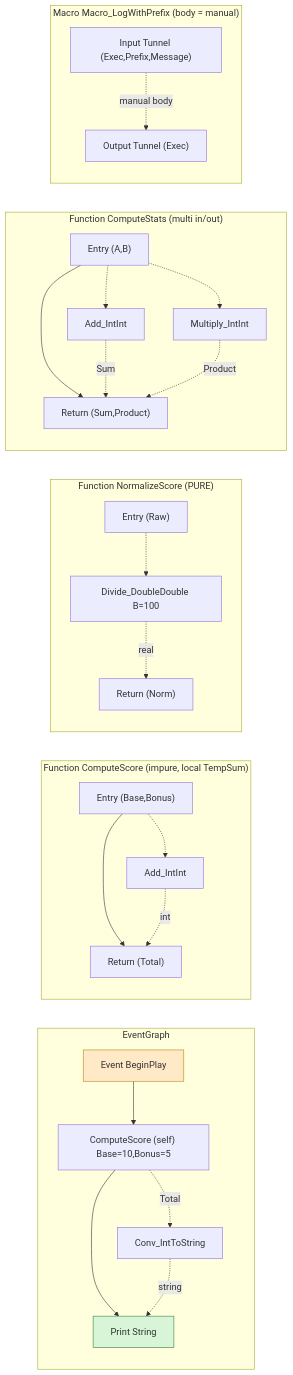
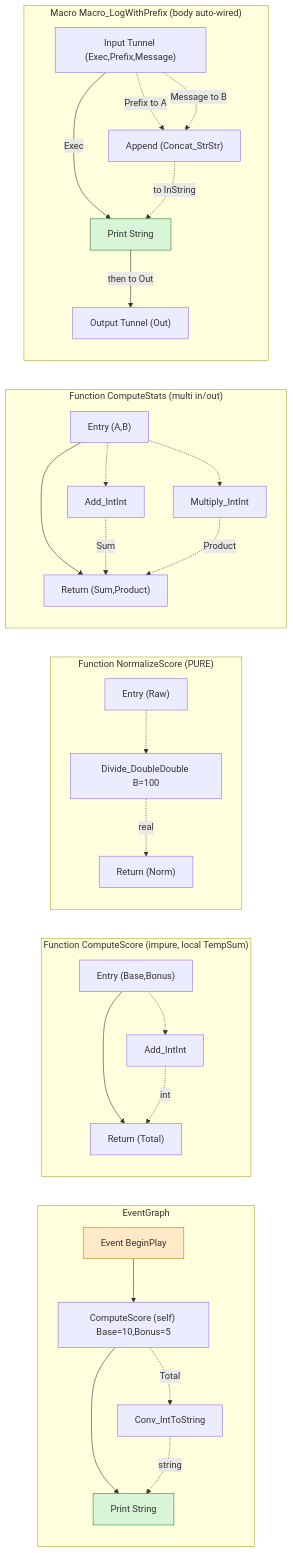
The diagram in bpparser_testgen/deliverables/viz/BP_05_Functions_Macros_LocalVariables.mmd (CiaranCw/BlueprintAnalyseTool), drawn with Mermaid before and after one commit. The commit also changed 12 other files, not shown here.

First line of the commit message:
Wire BP_05 Macro_LogWithPrefix body + fix tunnel exec name collision

```diff
--- a/bpparser_testgen/deliverables/viz/BP_05_Functions_Macros_LocalVariables.mmd
+++ b/bpparser_testgen/deliverables/viz/BP_05_Functions_Macros_LocalVariables.mmd
@@ -1,47 +1,53 @@
 %% BP_05_Functions_Macros_LocalVariables - multiple graphs
 %% Edge style: solid=exec, dotted=data
 flowchart LR
   subgraph EV["EventGraph"]
     e1["Event BeginPlay"]:::evt
     e2["ComputeScore (self) Base=10,Bonus=5"]
     e3["Conv_IntToString"]
     e4["Print String"]:::impure
     e1 --> e2
     e2 --> e4
     e2 -.->|Total| e3
     e3 -.->|string| e4
   end
   subgraph CS["Function ComputeScore (impure, local TempSum)"]
     f1["Entry (Base,Bonus)"]
     f2["Add_IntInt"]
     f3["Return (Total)"]
     f1 --> f3
     f1 -.-> f2
     f2 -.->|int| f3
   end
   subgraph NS["Function NormalizeScore (PURE)"]
     g1["Entry (Raw)"]
     g2["Divide_DoubleDouble B=100"]
     g3["Return (Norm)"]
     g1 -.-> g2
     g2 -.->|real| g3
   end
   subgraph ST["Function ComputeStats (multi in/out)"]
     h1["Entry (A,B)"]
     h2["Add_IntInt"]
     h3["Multiply_IntInt"]
     h4["Return (Sum,Product)"]
     h1 --> h4
     h1 -.-> h2
     h1 -.-> h3
     h2 -.->|Sum| h4
     h3 -.->|Product| h4
   end
-  subgraph MAC["Macro Macro_LogWithPrefix (body = manual)"]
+  subgraph MAC["Macro Macro_LogWithPrefix (body auto-wired)"]
     m1["Input Tunnel (Exec,Prefix,Message)"]
-    m2["Output Tunnel (Exec)"]
-    m1 -.->|manual body| m2
+    m2["Output Tunnel (Out)"]
+    m3["Append (Concat_StrStr)"]
+    m4["Print String"]:::impure
+    m1 -->|Exec| m4
+    m4 -->|then to Out| m2
+    m1 -.->|Prefix to A| m3
+    m1 -.->|Message to B| m3
+    m3 -.->|to InString| m4
   end
 
   classDef evt fill:#ffe9c7,stroke:#b8860b;
   classDef impure fill:#d8f5d8,stroke:#3a7d3a;
```
